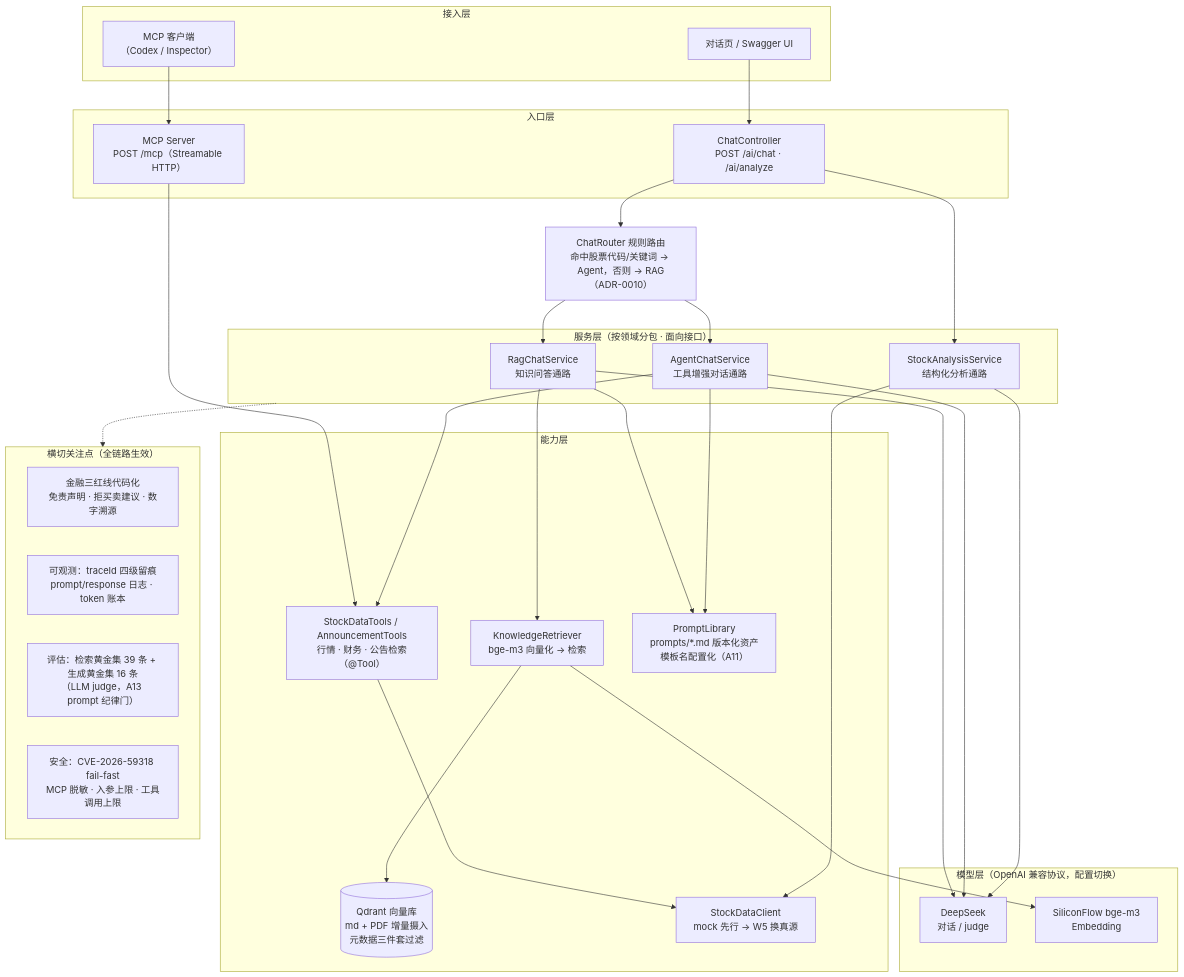
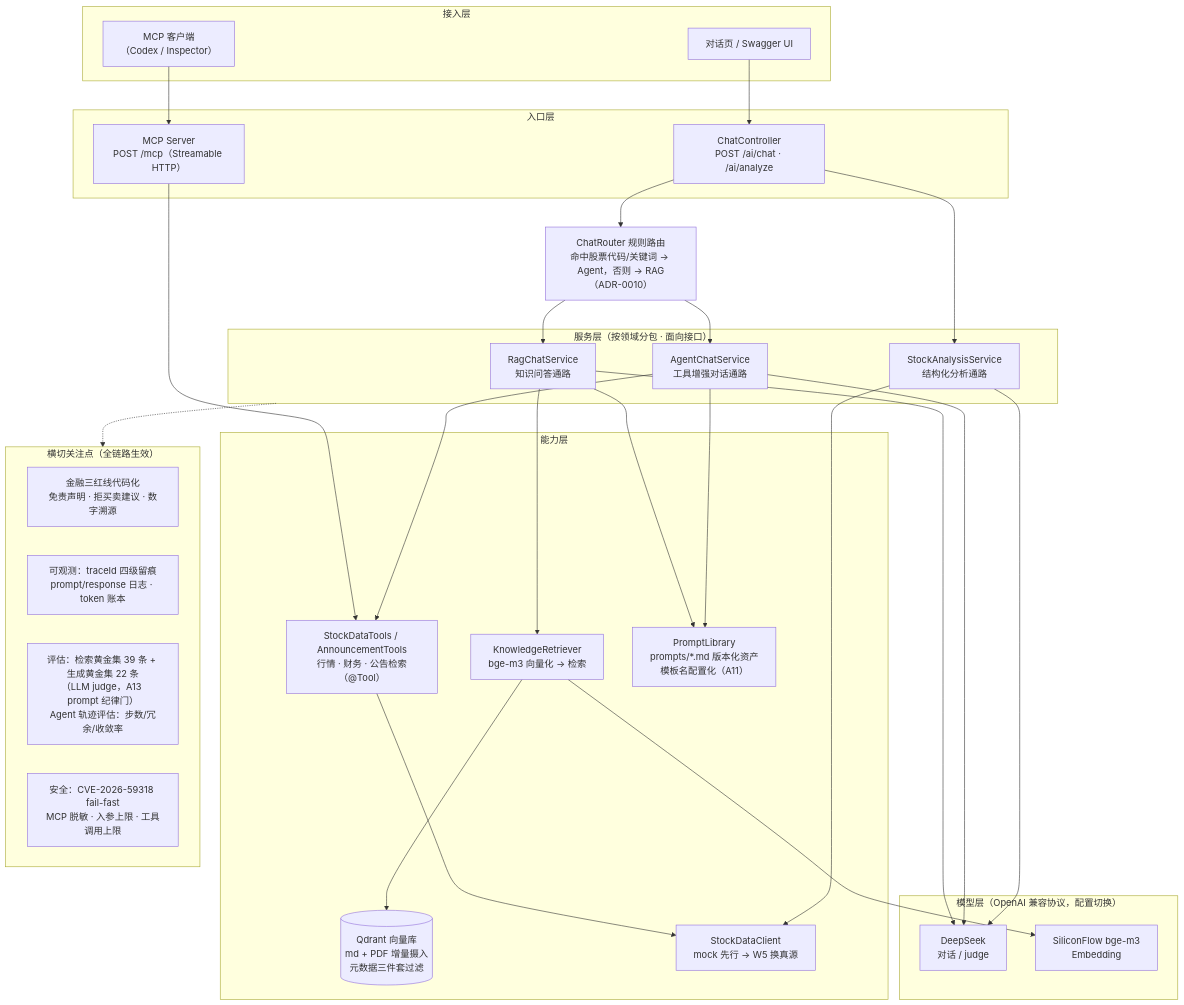
The diagram in README.md (GuohuiYin/ai-evolution), drawn with Mermaid before and after one commit. The commit also changed other lines of this file and 5 other files, not shown here.

Commit message:
docs(w13): M3 收官同步——README 快照层/能力地图/portfolio/周记/计划表

````diff
--- a/README.md
+++ b/README.md
@@ -60,55 +60,55 @@
 ```mermaid
 flowchart TB
     subgraph clients["接入层"]
         UI["对话页 / Swagger UI"]
         MCPClient["MCP 客户端<br/>（Codex / Inspector）"]
     end
 
     subgraph entry["入口层"]
         Ctrl["ChatController<br/>POST /ai/chat · /ai/analyze"]
         MCPServer["MCP Server<br/>POST /mcp（Streamable HTTP）"]
     end
 
     Router["ChatRouter 规则路由<br/>命中股票代码/关键词 → Agent，否则 → RAG<br/>（ADR-0010）"]
 
     subgraph services["服务层（按领域分包 · 面向接口）"]
         RAG["RagChatService<br/>知识问答通路"]
         Agent["AgentChatService<br/>工具增强对话通路"]
         Analyze["StockAnalysisService<br/>结构化分析通路"]
     end
 
     subgraph capability["能力层"]
         Retriever["KnowledgeRetriever<br/>bge-m3 向量化 → 检索"]
         Qdrant[("Qdrant 向量库<br/>md + PDF 增量摄入<br/>元数据三件套过滤")]
         Tools["StockDataTools / AnnouncementTools<br/>行情 · 财务 · 公告检索（@Tool）"]
         StockClient["StockDataClient<br/>mock 先行 → W5 换真源"]
         Prompts["PromptLibrary<br/>prompts/*.md 版本化资产<br/>模板名配置化（A11）"]
     end
 
     subgraph models["模型层（OpenAI 兼容协议，配置切换）"]
         LLM["DeepSeek<br/>对话 / judge"]
         Embed["SiliconFlow bge-m3<br/>Embedding"]
     end
 
     UI --> Ctrl
     MCPClient --> MCPServer
     MCPServer --> Tools
     Ctrl --> Router
     Router --> RAG & Agent
     Ctrl --> Analyze
     RAG --> Retriever --> Qdrant
     RAG --> Prompts
     Agent --> Tools --> StockClient
     Agent --> Prompts
     Analyze --> StockClient
     Retriever --> Embed
     RAG & Agent & Analyze --> LLM
 
     subgraph cross["横切关注点（全链路生效）"]
         RedLines["金融三红线代码化<br/>免责声明 · 拒买卖建议 · 数字溯源"]
         Obs["可观测：traceId 四级留痕<br/>prompt/response 日志 · token 账本"]
-        Eval["评估：检索黄金集 39 条 + 生成黄金集 16 条<br/>（LLM judge，A13 prompt 纪律门）"]
+        Eval["评估：检索黄金集 39 条 + 生成黄金集 22 条<br/>（LLM judge，A13 prompt 纪律门）<br/>Agent 轨迹评估：步数/冗余/收敛率"]
         Sec["安全：CVE-2026-59318 fail-fast<br/>MCP 脱敏 · 入参上限 · 工具调用上限"]
     end
     services -.-> cross
 ```
````
